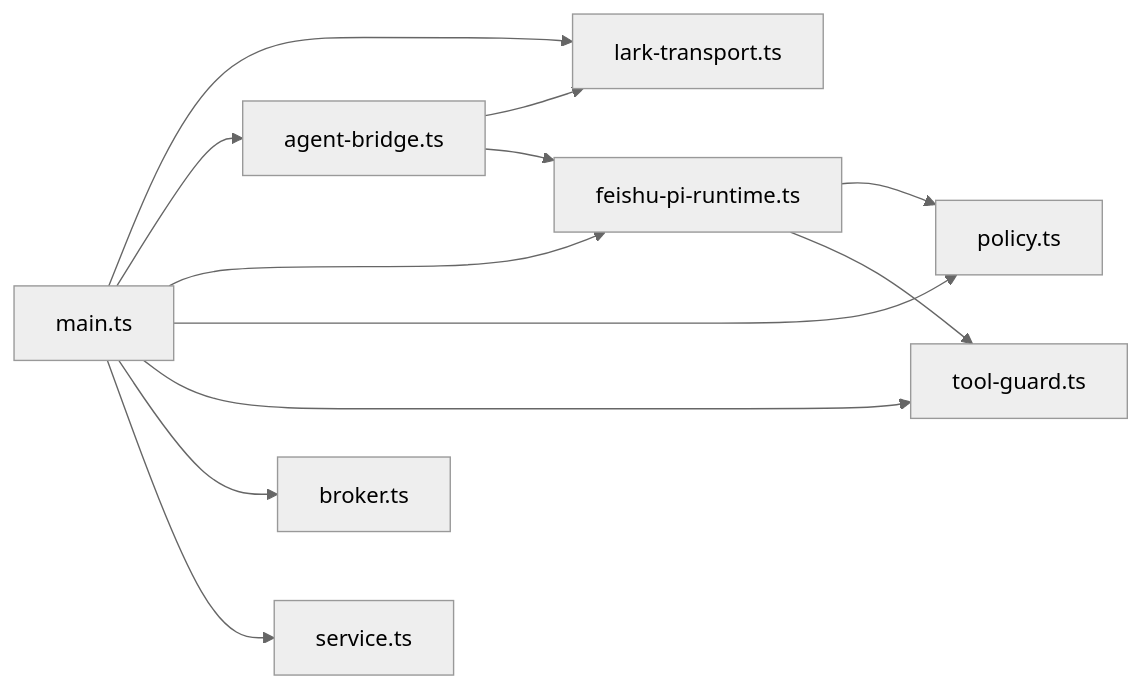
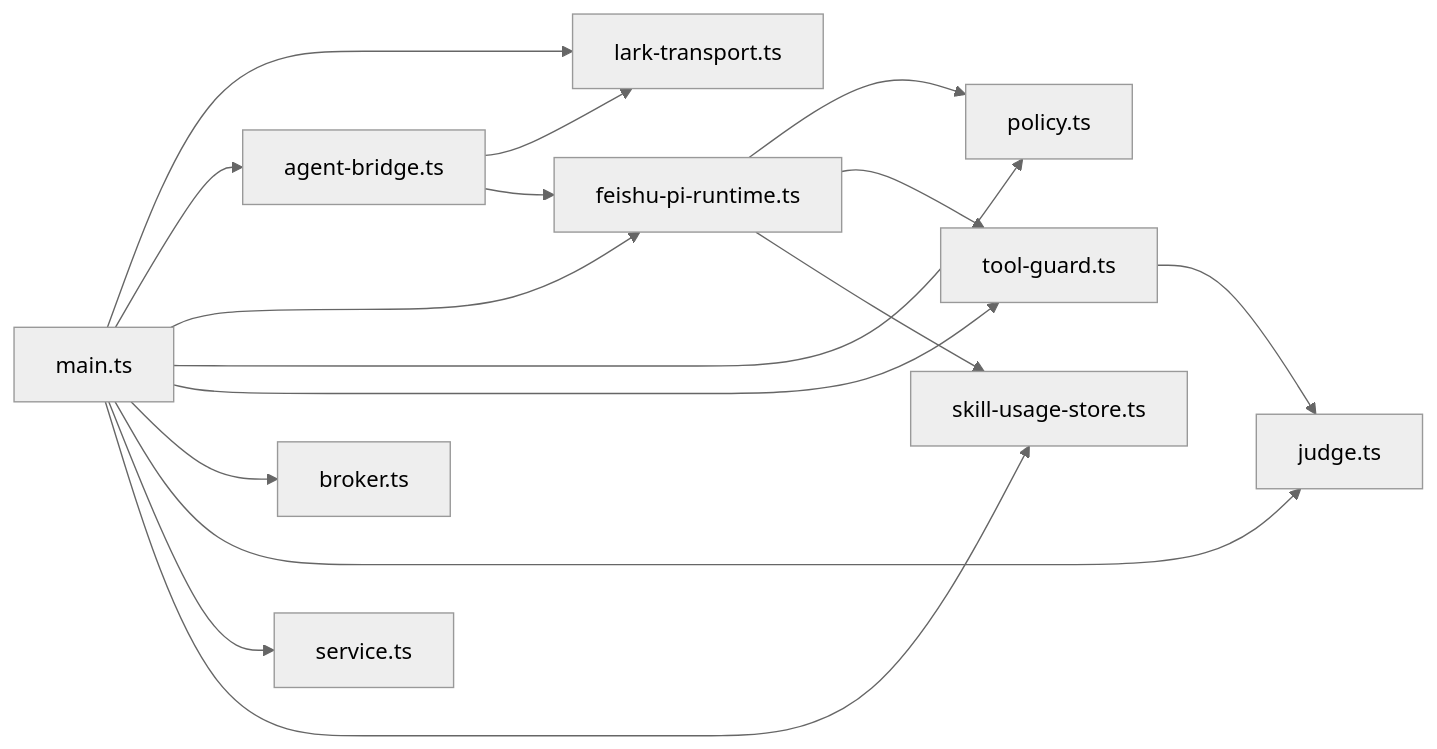
Before and after one commit to HeXiaoShu520/feishu-pi: the seventh of 9 diagrams in .qoder/repowiki/zh/content/架构设计/架构设计.md, drawn with Mermaid (neutral theme). The commit also changed other lines of this file and 47 other files, not shown here.

````diff
--- a/.qoder/repowiki/zh/content/架构设计/架构设计.md
+++ b/.qoder/repowiki/zh/content/架构设计/架构设计.md
@@ -314,14 +360,18 @@
 ```mermaid
 graph LR
 Main["main.ts"] --> Transport["lark-transport.ts"]
 Main --> Bridge["agent-bridge.ts"]
 Main --> Runtime["feishu-pi-runtime.ts"]
 Main --> Policy["policy.ts"]
 Main --> Guard["tool-guard.ts"]
 Main --> Broker["broker.ts"]
+Main --> Judge["judge.ts"]
 Main --> Schedule["service.ts"]
+Main --> Stats["skill-usage-store.ts"]
 Runtime --> Policy
 Runtime --> Guard
+Runtime --> Stats
+Guard --> Judge
 Bridge --> Transport
 Bridge --> Runtime
 ```
````
